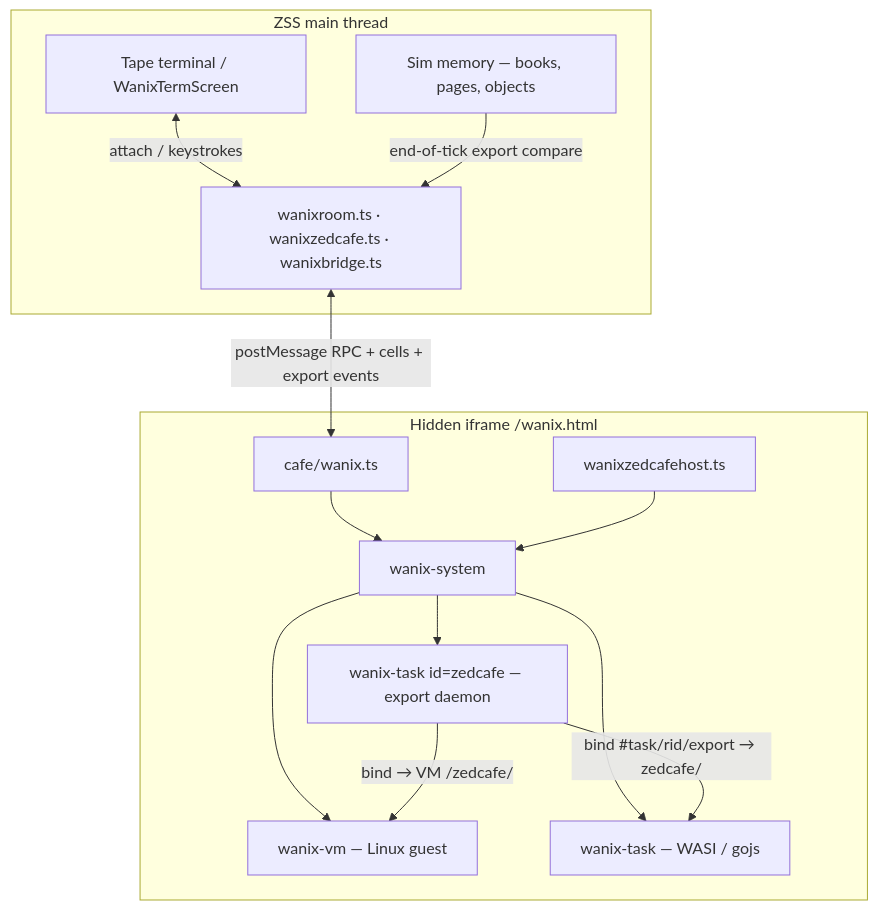
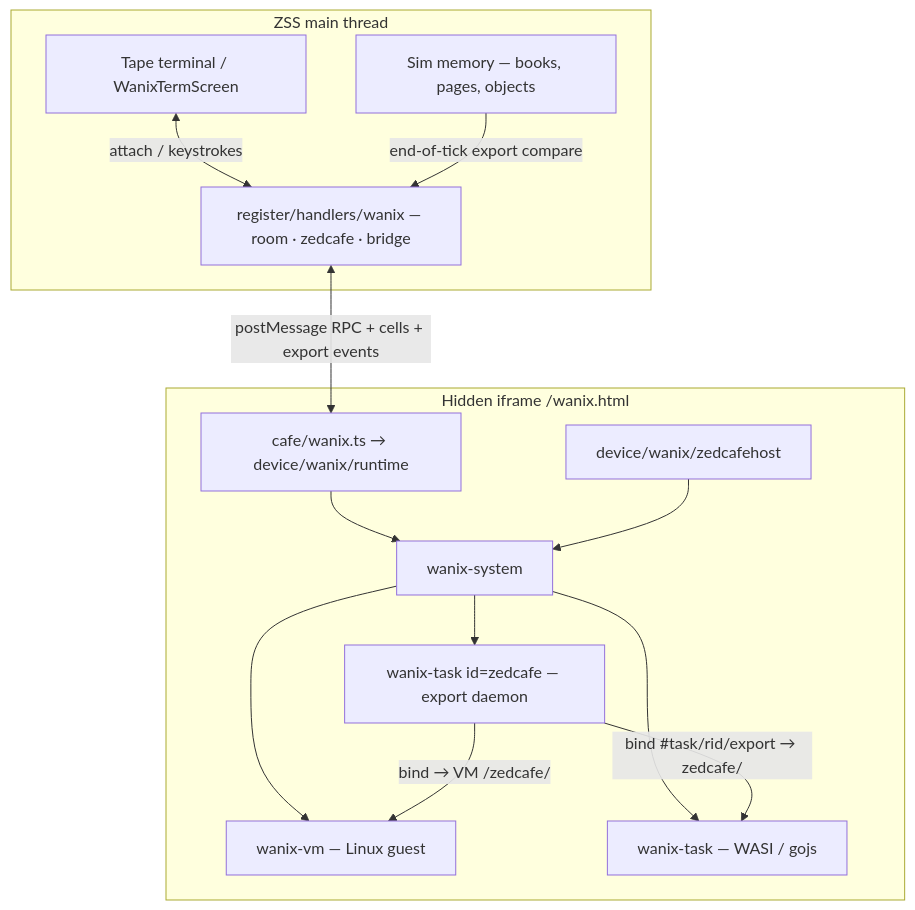
One commit to goldbuick/zed-software-system changed the first of 9 diagrams in zss/feature/wanix/README.md. Above: the diagram before and after it, drawn with Mermaid. The commit also changed other lines of this file and 191 other files, not shown here.

````diff
--- a/zss/feature/wanix/README.md
+++ b/zss/feature/wanix/README.md
@@ -34,25 +34,25 @@
 ```mermaid
 flowchart TB
   subgraph zss_main["ZSS main thread"]
     UI["Tape terminal / WanixTermScreen"]
     Mem["Sim memory — books, pages, objects"]
-    Parent["wanixroom.ts · wanixzedcafe.ts · wanixbridge.ts"]
+    Parent["register/handlers/wanix — room · zedcafe · bridge"]
     UI <-- attach / keystrokes --> Parent
     Mem -->|"end-of-tick export compare"| Parent
   end
 
   subgraph iframe["Hidden iframe /wanix.html"]
-    Cafe["cafe/wanix.ts"]
+    Cafe["cafe/wanix.ts → device/wanix/runtime"]
     Sys["wanix-system"]
-    Host["wanixzedcafehost.ts"]
+    Host["device/wanix/zedcafehost"]
     Cafe --> Sys
     Host --> Sys
     Sys --> VM["wanix-vm — Linux guest"]
     Sys --> Tasks["wanix-task — WASI / gojs"]
     Sys --> ZTask["wanix-task id=zedcafe — export daemon"]
   end
 
   Parent <-->|"postMessage RPC + cells + export events"| Cafe
   ZTask -->|"bind #task/rid/export → zedcafe/"| Tasks
   ZTask -->|"bind → VM /zedcafe/"| VM
 ```
````
